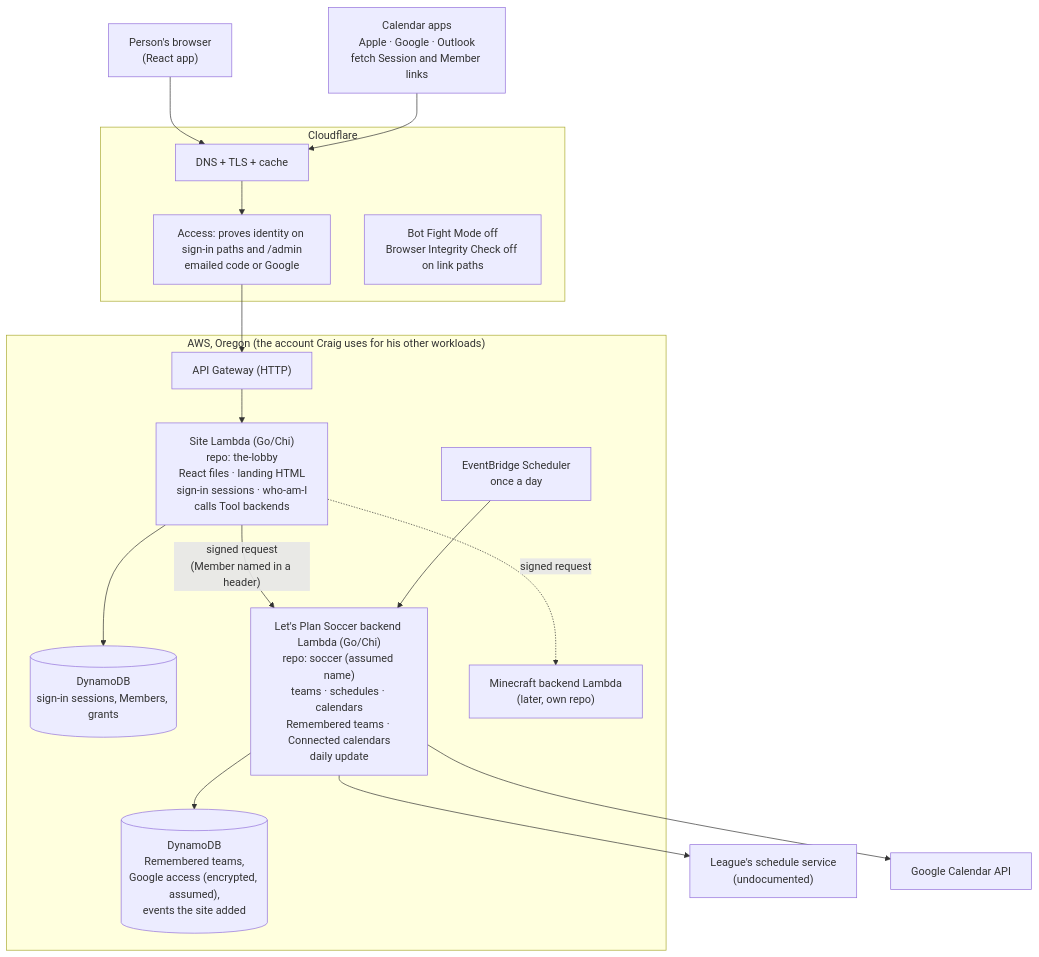
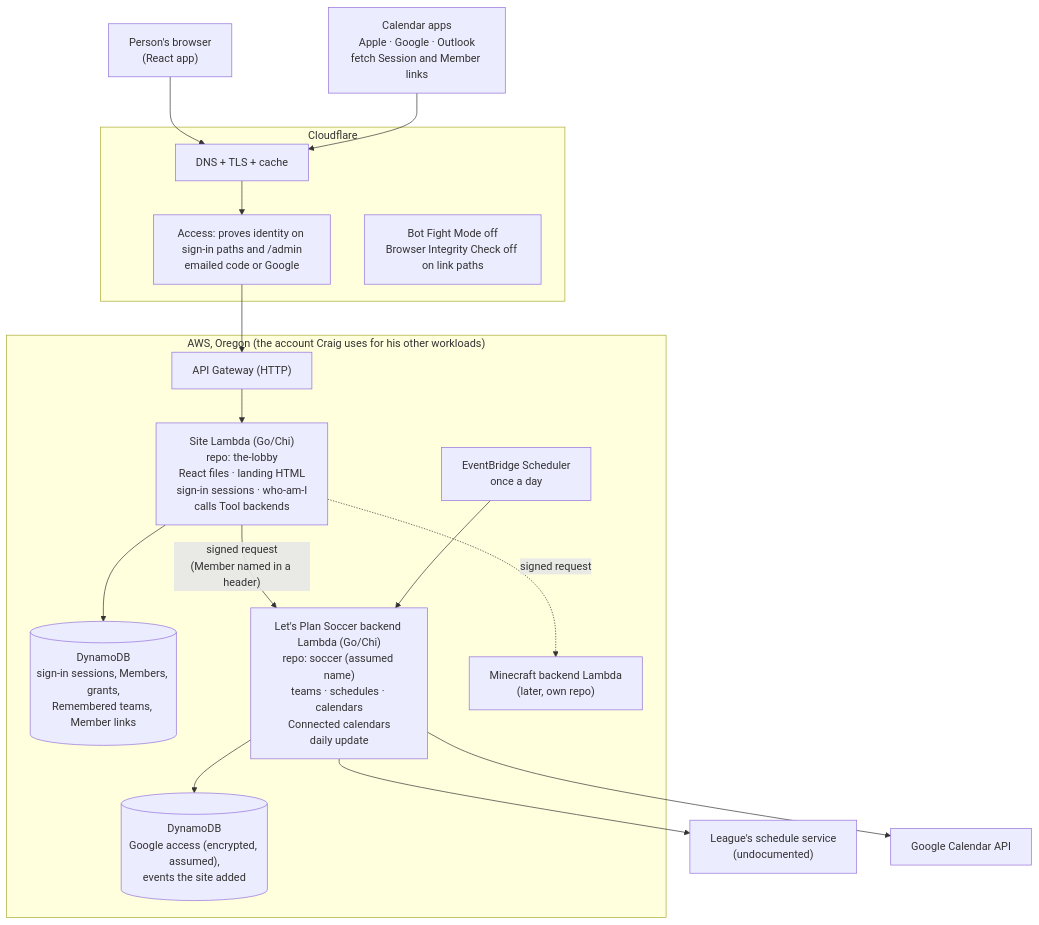
Before and after one commit to CraigDevJohnson/the-lobby: the second of 3 diagrams in docs/infrastructure.md, drawn with Mermaid. The commit also changed other lines of this file and 16 other files, not shown here.

First line of the commit message:
Keep Members' Remembered teams and serve their Member link (#57)

````diff
--- a/docs/infrastructure.md
+++ b/docs/infrastructure.md
@@ -34,34 +34,34 @@
 ```mermaid
 flowchart TB
     person["Person's browser<br/>(React app)"]
     calapps["Calendar apps<br/>Apple · Google · Outlook<br/>fetch Session and Member links"]
 
     subgraph cf["Cloudflare"]
         dns["DNS + TLS + cache"]
         acc["Access: proves identity on sign-in paths and /admin<br/>emailed code or Google"]
         bots["Bot Fight Mode off<br/>Browser Integrity Check off on link paths"]
     end
 
     subgraph aws["AWS, Oregon (the account Craig uses for his other workloads)"]
         apigw["API Gateway (HTTP)"]
         site["Site Lambda (Go/Chi)<br/>repo: the-lobby<br/>React files · landing HTML<br/>sign-in sessions · who-am-I<br/>calls Tool backends"]
-        siteDb[("DynamoDB<br/>sign-in sessions, Members, grants")]
-        soccer["Let's Plan Soccer backend Lambda (Go/Chi)<br/>repo: soccer (assumed name)<br/>teams · schedules · calendars<br/>Remembered teams · Connected calendars<br/>daily update"]
-        soccerDb[("DynamoDB<br/>Remembered teams,<br/>Google access (encrypted, assumed),<br/>events the site added")]
+        siteDb[("DynamoDB<br/>sign-in sessions, Members, grants,<br/>Remembered teams, Member links")]
+        soccer["Let's Plan Soccer backend Lambda (Go/Chi)<br/>repo: soccer (assumed name)<br/>teams · schedules · calendars<br/>Connected calendars<br/>daily update"]
+        soccerDb[("DynamoDB<br/>Google access (encrypted, assumed),<br/>events the site added")]
         sched["EventBridge Scheduler<br/>once a day"]
         mc["Minecraft backend Lambda<br/>(later, own repo)"]
     end
 
     lps["League's schedule service<br/>(undocumented)"]
     google["Google Calendar API"]
 
     person --> dns --> acc --> apigw --> site
     calapps --> dns
     site --> siteDb
     site -- "signed request<br/>(Member named in a header)" --> soccer
     site -. "signed request" .-> mc
     soccer --> soccerDb
     soccer --> lps
     soccer --> google
     sched --> soccer
 ```
````
